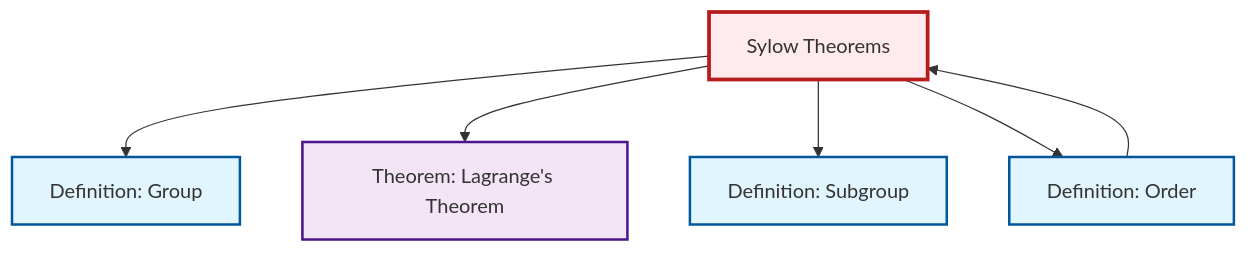
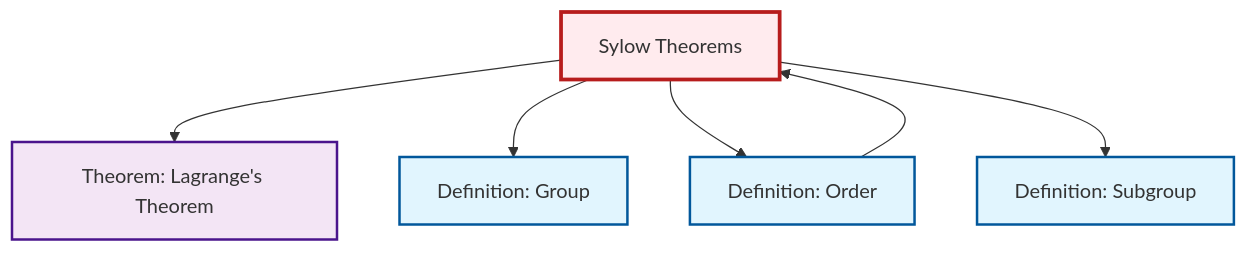
The diagram in content/ja/algebra/thm-sylow.qmd (RK0429/ModernMath), drawn with Mermaid before and after one commit. The commit also changed other lines of this file and 654 other files, not shown here.

````diff
--- a/content/ja/algebra/thm-sylow.qmd
+++ b/content/ja/algebra/thm-sylow.qmd
@@ -86,24 +86,24 @@
 ```{mermaid}
 %%| fig-cap: "Local dependency graph"
 graph TD
     classDef definition fill:#e1f5fe,stroke:#01579b,stroke-width:2px
     classDef theorem fill:#f3e5f5,stroke:#4a148c,stroke-width:2px
     classDef axiom fill:#fff3e0,stroke:#e65100,stroke-width:2px
     classDef example fill:#e8f5e9,stroke:#1b5e20,stroke-width:2px
     classDef current fill:#ffebee,stroke:#b71c1c,stroke-width:3px
     def-group["Definition: Group"]:::definition
+    thm-sylow["Sylow Theorems"]:::theorem
+    def-order["Definition: Order"]:::definition
     thm-lagrange["Theorem: Lagrange's Theorem"]:::theorem
     def-subgroup["Definition: Subgroup"]:::definition
-    thm-sylow["Sylow Theorems"]:::theorem
-    def-order["Definition: Order"]:::definition
+    thm-sylow --> thm-lagrange
+    def-order --> thm-sylow
     thm-sylow --> def-group
-    def-order --> thm-sylow
-    thm-sylow --> thm-lagrange
+    thm-sylow --> def-order
     thm-sylow --> def-subgroup
-    thm-sylow --> def-order
     class thm-sylow current
     click def-group "def-group.html" "Definition: Groupへ"
+    click def-order "def-order.html" "Definition: Orderへ"
     click thm-lagrange "thm-lagrange.html" "Theorem: Lagrange's Theoremへ"
     click def-subgroup "def-subgroup.html" "Definition: Subgroupへ"
-    click def-order "def-order.html" "Definition: Orderへ"
 ```
````
